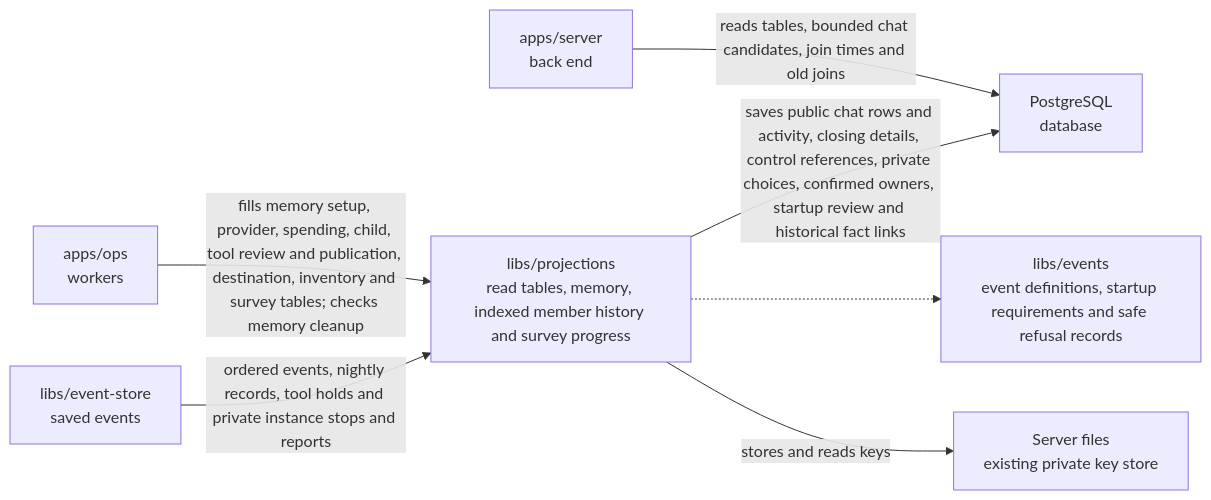
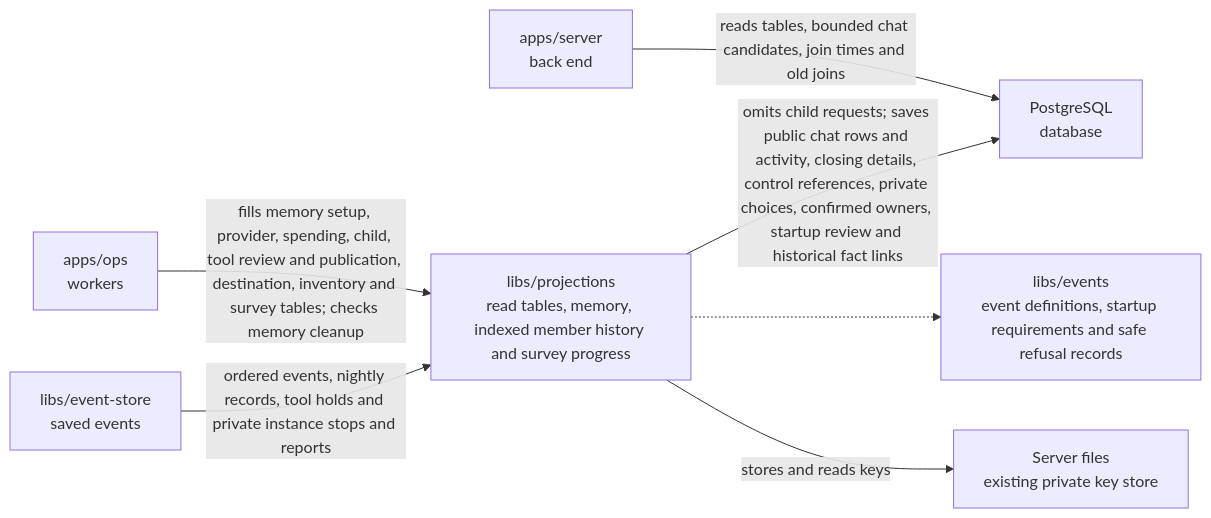
One commit to elewa-git/opencrane-new changed the diagram in libs/projections/README.md. Above: the diagram before and after it, drawn with Mermaid. The commit also changed other lines of this file and 15 other files, not shown here.

Commit message:
🧵 Review and record child requests before creating their chats

````diff
--- a/libs/projections/README.md
+++ b/libs/projections/README.md
@@ -23,9 +23,9 @@
 ```mermaid
 flowchart LR
   ops["apps/ops<br/>workers"] -->|fills memory setup, provider, spending, child, tool review and publication, destination, inventory and survey tables; checks memory cleanup| projections["libs/projections<br/>read tables, memory, indexed member history and survey progress"]
   server["apps/server<br/>back end"] -->|reads tables, bounded chat candidates, join times and old joins| pg["PostgreSQL<br/>database"]
-  projections -->|saves public chat rows and activity, closing details, control references, private choices, confirmed owners, startup review and historical fact links| pg
+  projections -->|omits child requests; saves public chat rows and activity, closing details, control references, private choices, confirmed owners, startup review and historical fact links| pg
   store["libs/event-store<br/>saved events"] -->|ordered events, nightly records, tool holds and private instance stops and reports| projections
   projections -.-> events["libs/events<br/>event definitions, startup requirements and safe refusal records"]
   projections -->|stores and reads keys| keys["Server files<br/>existing private key store"]
 ```
````
